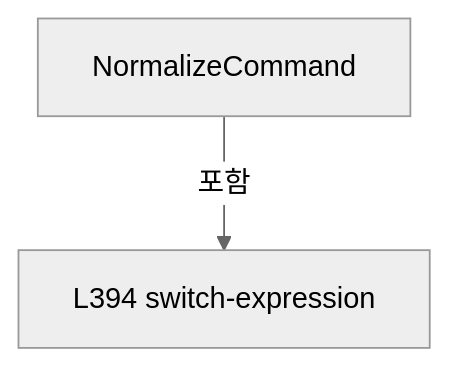
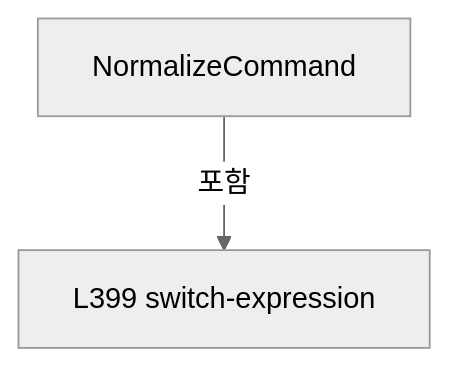
Before and after one commit to kjuws10-rgb/Shared: diagram 14 of 40 in A3 LD Code Ref/files/Drilling.Common/Interface/Vision/CVisionComm.cs.md, drawn with Mermaid (neutral theme). The commit also changed other lines of this file and 2071 other files, not shown here.

Commit message:
docs(a3): update 11.19.0 architecture and code reference

````diff
--- a/A3 LD Code Ref/files/Drilling.Common/Interface/Vision/CVisionComm.cs.md
+++ b/A3 LD Code Ref/files/Drilling.Common/Interface/Vision/CVisionComm.cs.md
@@ -1702,6 +1702,6 @@
 ```mermaid
 flowchart TD
  M["NormalizeCommand"]
- N0["L394 switch-expression"]
+ N0["L399 switch-expression"]
  M -->|포함| N0
 ```
````
